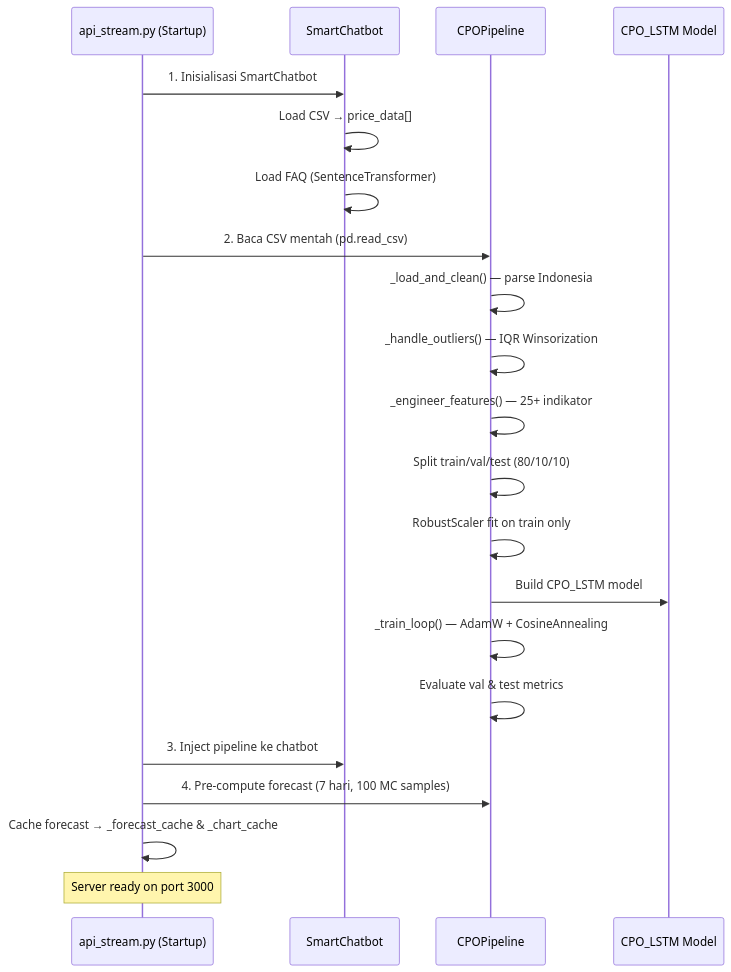
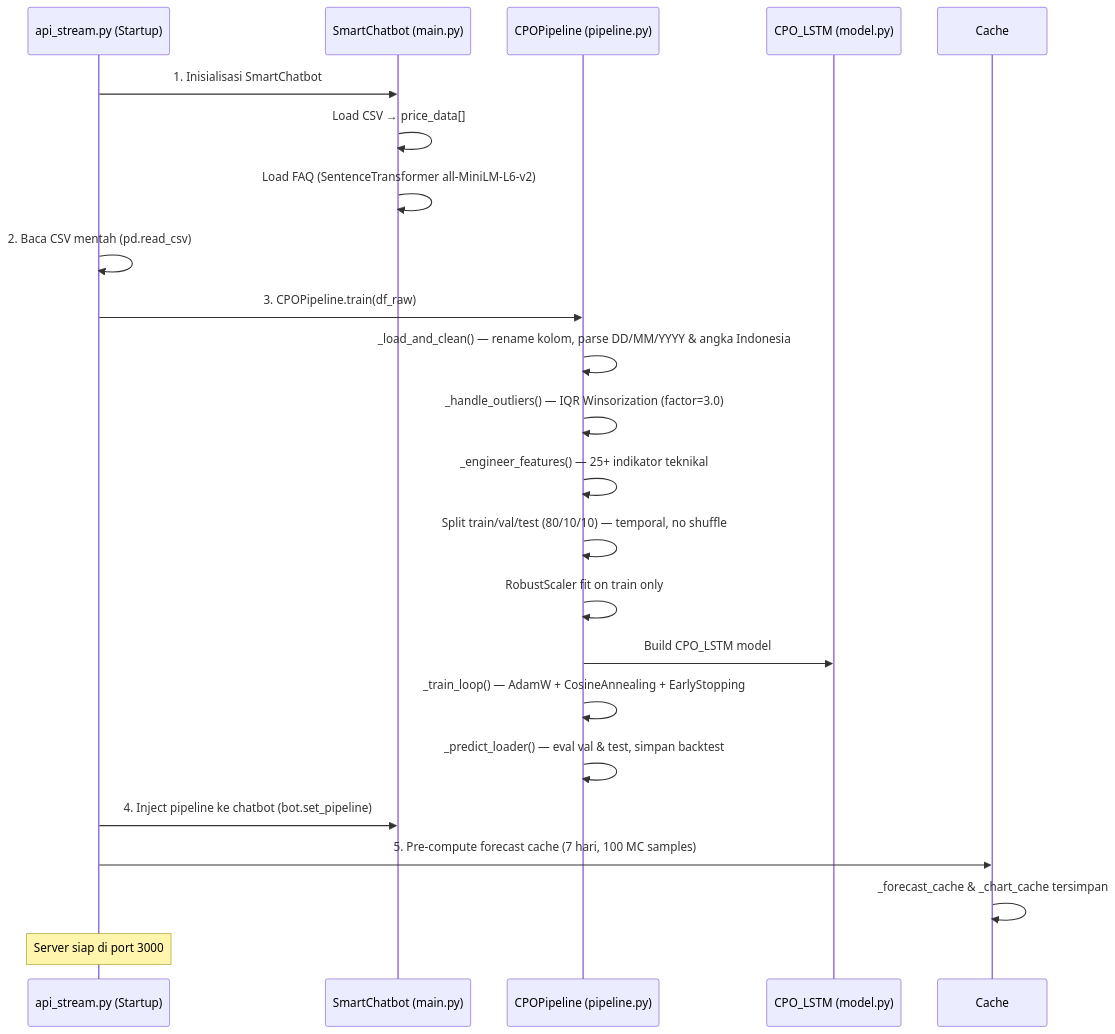
Before and after one commit to nurfadilahzulfi/chatbot-inl: the diagram in readme.md, drawn with Mermaid. The commit also changed other lines of this file, not shown here.

````diff
--- a/readme.md
+++ b/readme.md
@@ -59,24 +71,27 @@
 ```mermaid
 sequenceDiagram
     participant S as api_stream.py (Startup)
-    participant B as SmartChatbot
-    participant P as CPOPipeline
-    participant M as CPO_LSTM Model
+    participant B as SmartChatbot (main.py)
+    participant P as CPOPipeline (pipeline.py)
+    participant M as CPO_LSTM (model.py)
+    participant C as Cache
 
     S->>B: 1. Inisialisasi SmartChatbot
     B->>B: Load CSV → price_data[]
-    B->>B: Load FAQ (SentenceTransformer)
-    S->>P: 2. Baca CSV mentah (pd.read_csv)
-    P->>P: _load_and_clean() — parse Indonesia
-    P->>P: _handle_outliers() — IQR Winsorization
-    P->>P: _engineer_features() — 25+ indikator
-    P->>P: Split train/val/test (80/10/10)
+    B->>B: Load FAQ (SentenceTransformer all-MiniLM-L6-v2)
+
+    S->>S: 2. Baca CSV mentah (pd.read_csv)
+    S->>P: 3. CPOPipeline.train(df_raw)
+    P->>P: _load_and_clean() — rename kolom, parse DD/MM/YYYY & angka Indonesia
+    P->>P: _handle_outliers() — IQR Winsorization (factor=3.0)
+    P->>P: _engineer_features() — 25+ indikator teknikal
+    P->>P: Split train/val/test (80/10/10) — temporal, no shuffle
     P->>P: RobustScaler fit on train only
     P->>M: Build CPO_LSTM model
-    P->>P: _train_loop() — AdamW + CosineAnnealing
-    P->>P: Evaluate val & test metrics
-    S->>B: 3. Inject pipeline ke chatbot
-    S->>P: 4. Pre-compute forecast (7 hari, 100 MC samples)
-    S->>S: Cache forecast → _forecast_cache & _chart_cache
-    Note over S: Server ready on port 3000
+    P->>P: _train_loop() — AdamW + CosineAnnealing + EarlyStopping
+    P->>P: _predict_loader() — eval val & test, simpan backtest
+    S->>B: 4. Inject pipeline ke chatbot (bot.set_pipeline)
+    S->>C: 5. Pre-compute forecast cache (7 hari, 100 MC samples)
+    C->>C: _forecast_cache & _chart_cache tersimpan
+    Note over S: Server siap di port 3000
 ```
````
